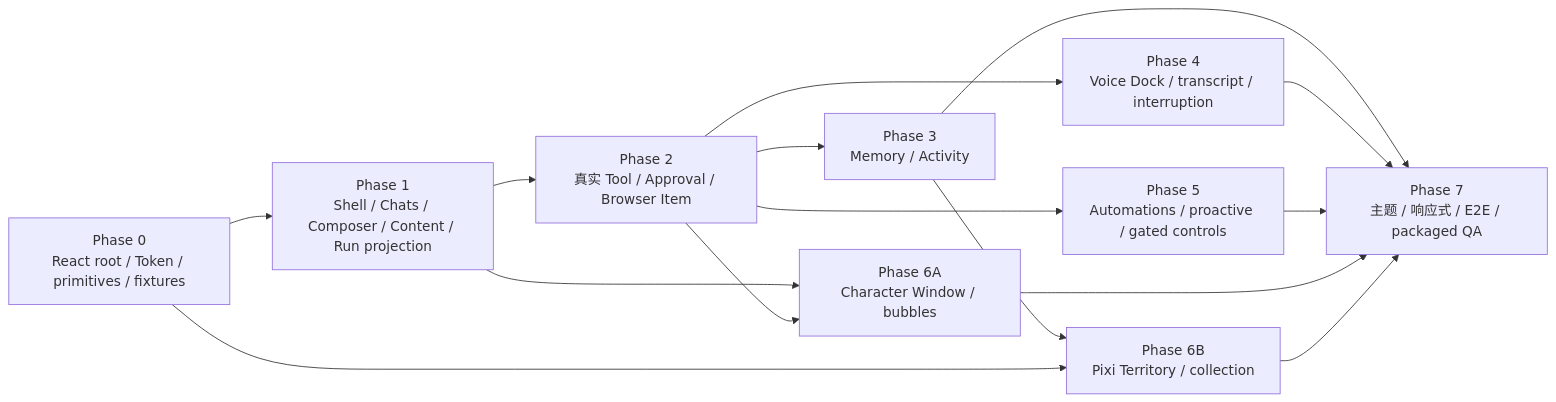
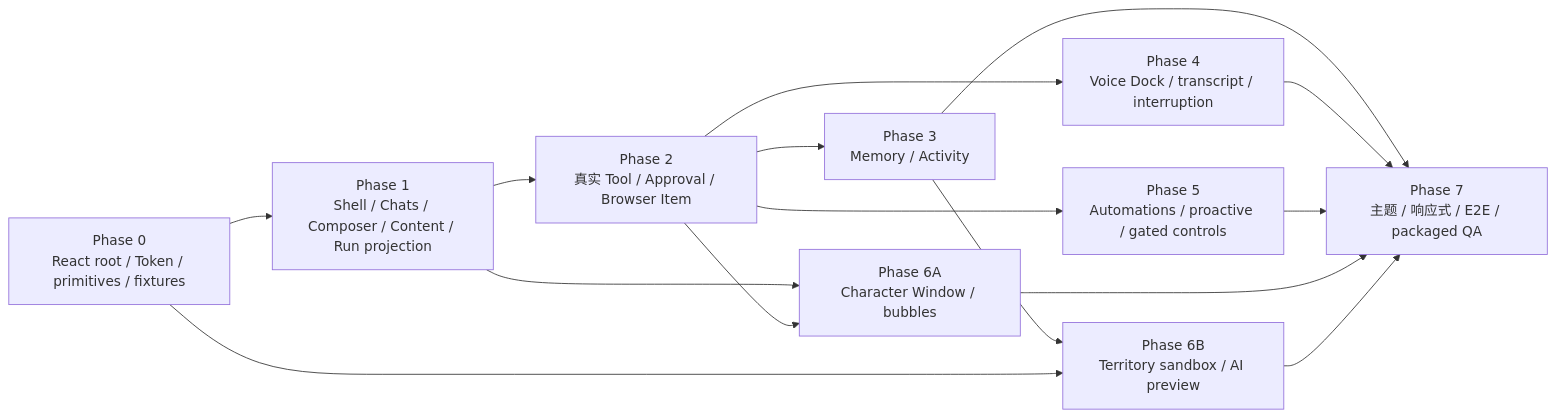
The diagram in CHARA_MATE_UI_DESIGN.md (MicroYui/chara-mate), drawn with Mermaid before and after one commit. The commit also changed other lines of this file and 114 other files, not shown here.

````diff
--- a/CHARA_MATE_UI_DESIGN.md
+++ b/CHARA_MATE_UI_DESIGN.md
@@ -826,26 +886,26 @@
 ```mermaid
 flowchart LR
     U0["Phase 0<br/>React root / Token / primitives / fixtures"]
     U1["Phase 1<br/>Shell / Chats / Composer / Content / Run projection"]
     U2["Phase 2<br/>真实 Tool / Approval / Browser Item"]
     U3["Phase 3<br/>Memory / Activity"]
     U4["Phase 4<br/>Voice Dock / transcript / interruption"]
     U5["Phase 5<br/>Automations / proactive / gated controls"]
     U6A["Phase 6A<br/>Character Window / bubbles"]
-    U6B["Phase 6B<br/>Pixi Territory / collection"]
+    U6B["Phase 6B<br/>Territory sandbox / AI preview"]
     U7["Phase 7<br/>主题 / 响应式 / E2E / packaged QA"]
 
     U0 --> U1 --> U2
     U2 --> U3
     U2 --> U4
     U2 --> U5
     U1 --> U6A
     U2 --> U6A
     U3 --> U6B
     U0 --> U6B
     U3 --> U7
     U4 --> U7
     U5 --> U7
     U6A --> U7
     U6B --> U7
 ```
````
